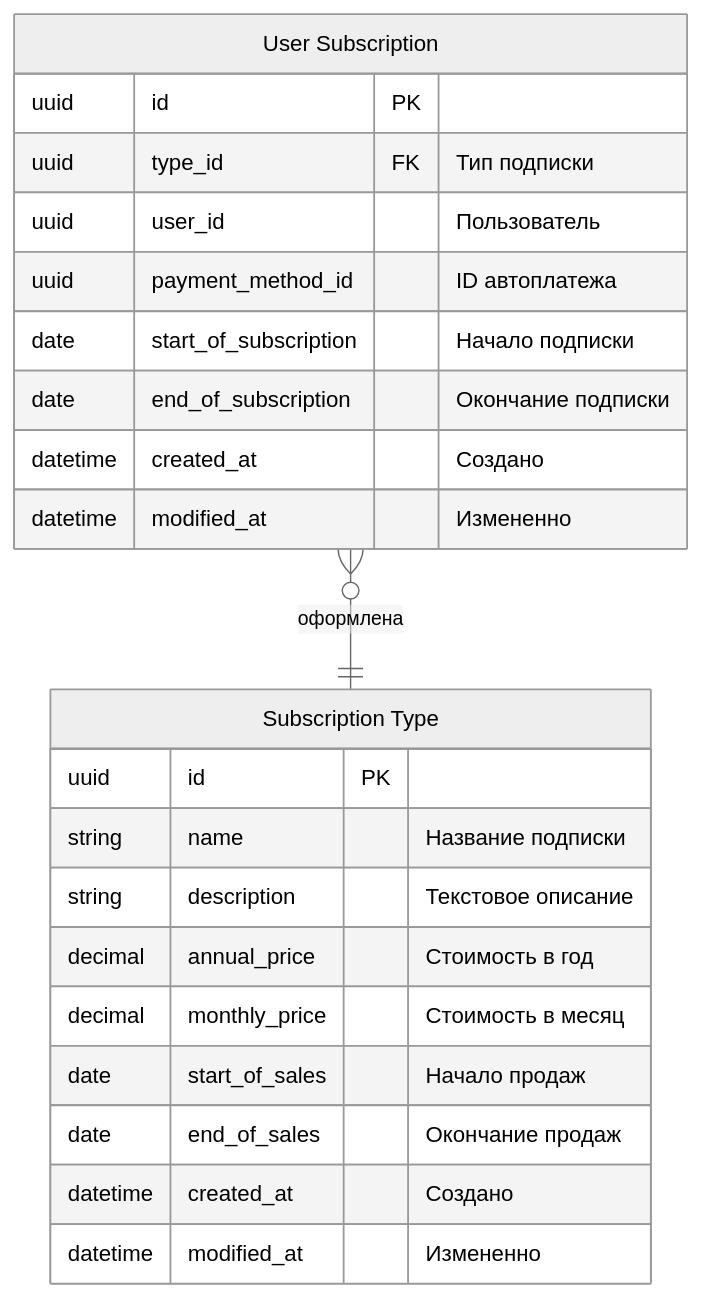
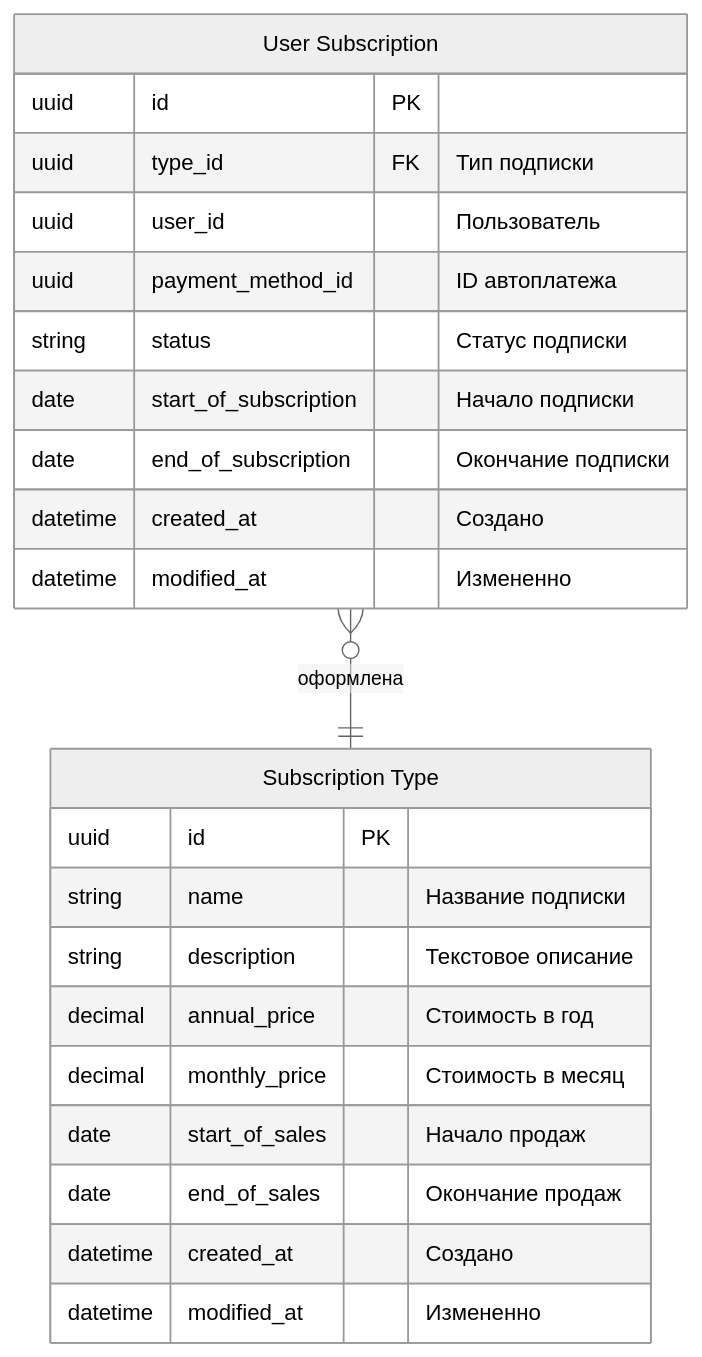
One commit to smb13/graduate_work changed the diagram in architecture/erd_subscriptions.md. Above: the diagram before and after it, drawn with Mermaid (neutral theme). The commit also changed 17 other files, not shown here.

````diff
--- a/architecture/erd_subscriptions.md
+++ b/architecture/erd_subscriptions.md
@@ -3,28 +3,29 @@
 ```mermaid
 erDiagram
     subscription-type["Subscription Type"] {
         uuid id PK
         string name "Название подписки"
         string description "Текстовое описание"
         decimal annual_price "Стоимость в год"
         decimal monthly_price "Стоимость в месяц"
         date start_of_sales "Начало продаж"
         date end_of_sales "Окончание продаж"
         datetime created_at "Создано"
         datetime modified_at "Измененно"
     }
     
     user-subscription["User Subscription"] {
         uuid id PK
         uuid type_id FK "Тип подписки"
         uuid user_id "Пользователь"
         uuid payment_method_id "ID автоплатежа"
+        string status "Статус подписки"
         date start_of_subscription "Начало подписки"
         date end_of_subscription "Окончание подписки"
         datetime created_at "Создано"
         datetime modified_at "Измененно"
     }
 
     user-subscription }o--|| subscription-type : "оформлена"
 
 ```
````
